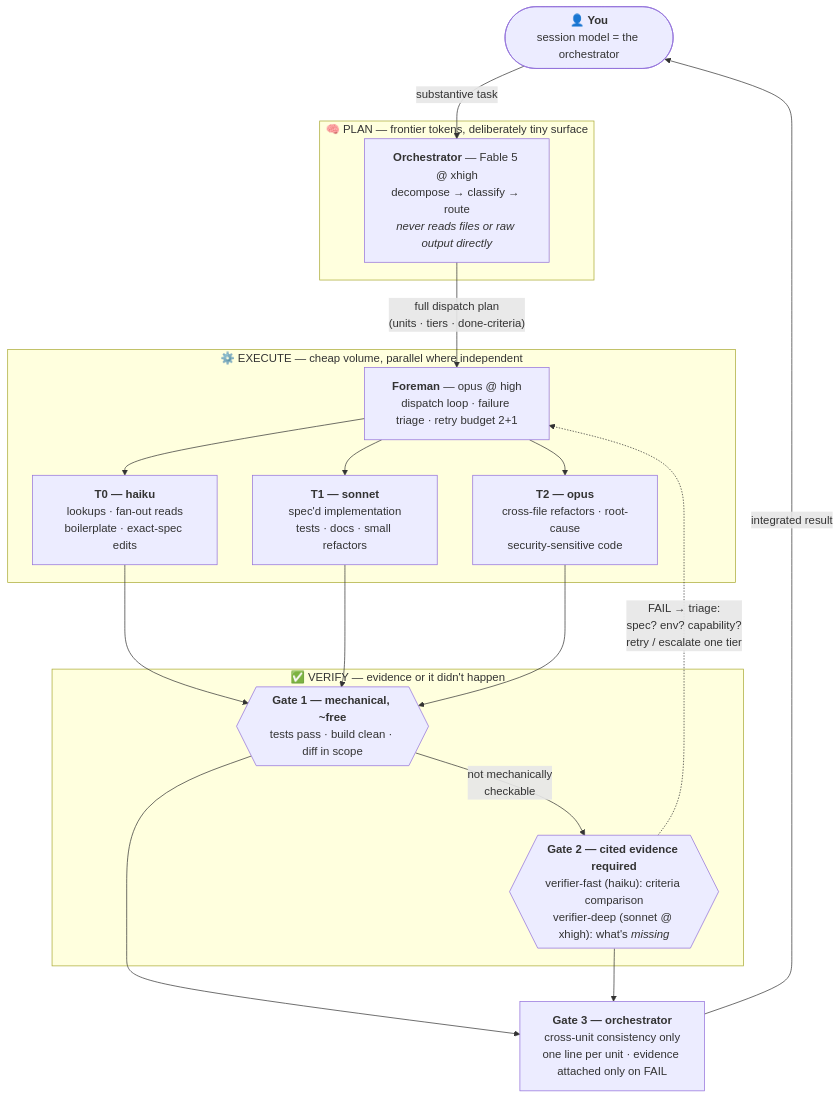
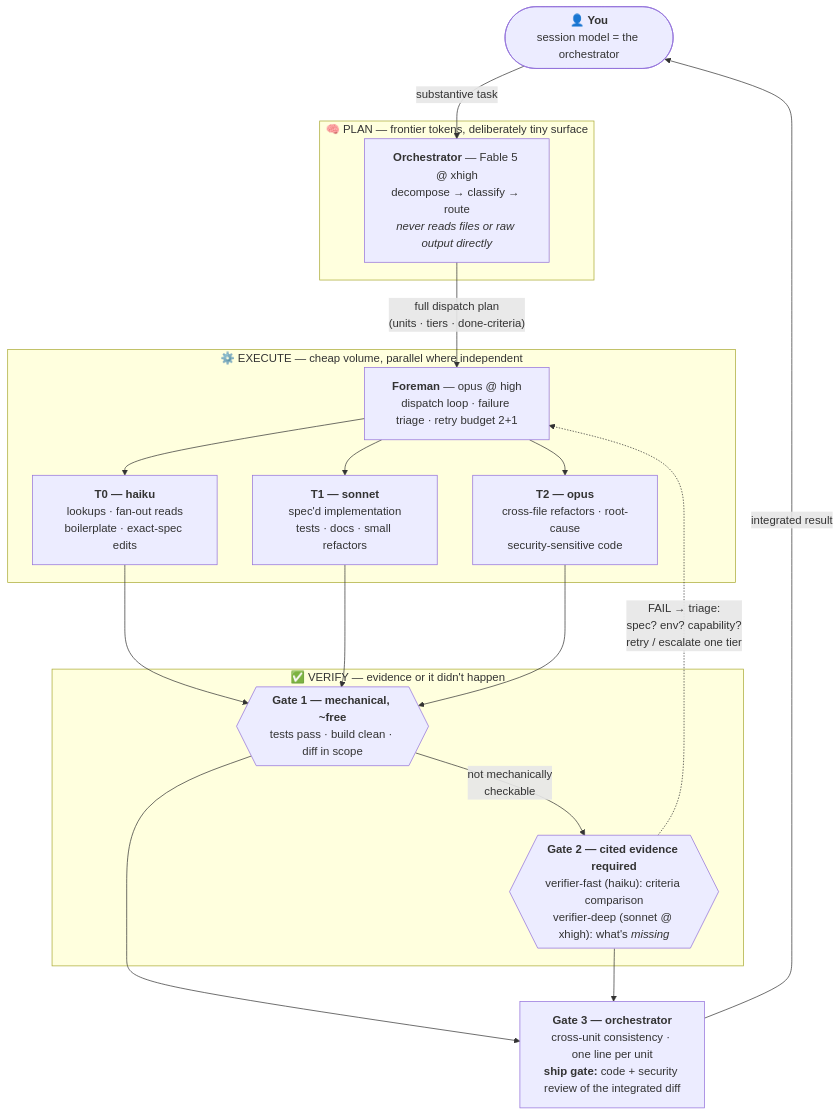
Before and after one commit to midego1/claude-orchestrate: the diagram in README.md, drawn with Mermaid. The commit also changed other lines of this file and 1 other file, not shown here.

Commit message:
docs: ship gate in flow+diagram, ops tip (pre-approved commands), 'Where this fits' adoption-curve section; bump to 0.3.0

````diff
--- a/README.md
+++ b/README.md
@@ -100,32 +102,32 @@
 ```mermaid
 flowchart TB
     YOU(["👤 <b>You</b><br/>session model = the orchestrator"])
 
     subgraph PLAN["&nbsp;🧠 PLAN — frontier tokens, deliberately tiny surface&nbsp;"]
         O["<b>Orchestrator</b> — Fable 5 @ xhigh<br/>decompose → classify → route<br/><i>never reads files or raw output directly</i>"]
     end
 
     subgraph EXEC["&nbsp;⚙️ EXECUTE — cheap volume, parallel where independent&nbsp;"]
         F["<b>Foreman</b> — opus @ high<br/>dispatch loop · failure triage · retry budget 2+1"]
         W0["<b>T0 — haiku</b><br/>lookups · fan-out reads<br/>boilerplate · exact-spec edits"]
         W1["<b>T1 — sonnet</b><br/>spec'd implementation<br/>tests · docs · small refactors"]
         W2["<b>T2 — opus</b><br/>cross-file refactors · root-cause<br/>security-sensitive code"]
         F --> W0 & W1 & W2
     end
 
     subgraph VERIFY["&nbsp;✅ VERIFY — evidence or it didn't happen&nbsp;"]
         G1{{"<b>Gate 1 — mechanical, ~free</b><br/>tests pass · build clean · diff in scope"}}
         G2{{"<b>Gate 2 — cited evidence required</b><br/>verifier-fast (haiku): criteria comparison<br/>verifier-deep (sonnet @ xhigh): what's <i>missing</i>"}}
     end
 
-    G3["<b>Gate 3 — orchestrator</b><br/>cross-unit consistency only<br/>one line per unit · evidence attached only on FAIL"]
+    G3["<b>Gate 3 — orchestrator</b><br/>cross-unit consistency · one line per unit<br/><b>ship gate:</b> code + security review of the integrated diff"]
 
     YOU -->|"substantive task"| O
     O -->|"full dispatch plan<br/>(units · tiers · done-criteria)"| F
     W0 & W1 & W2 --> G1
     G1 -->|"not mechanically<br/>checkable"| G2
     G1 --> G3
     G2 --> G3
     G2 -. "FAIL → triage:<br/>spec? env? capability?<br/>retry / escalate one tier" .-> F
     G3 -->|"integrated result"| YOU
 ```
````
